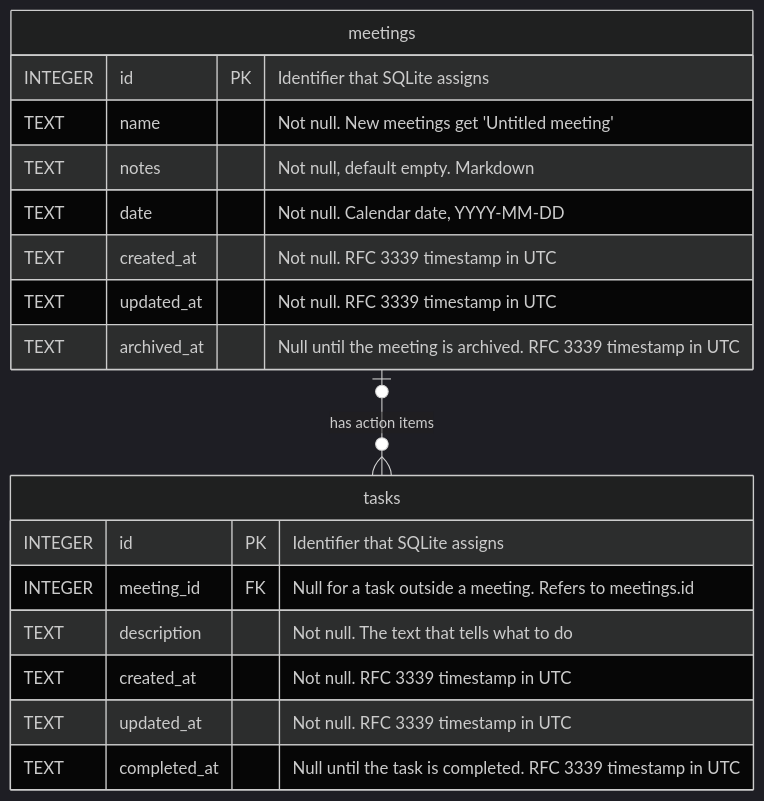
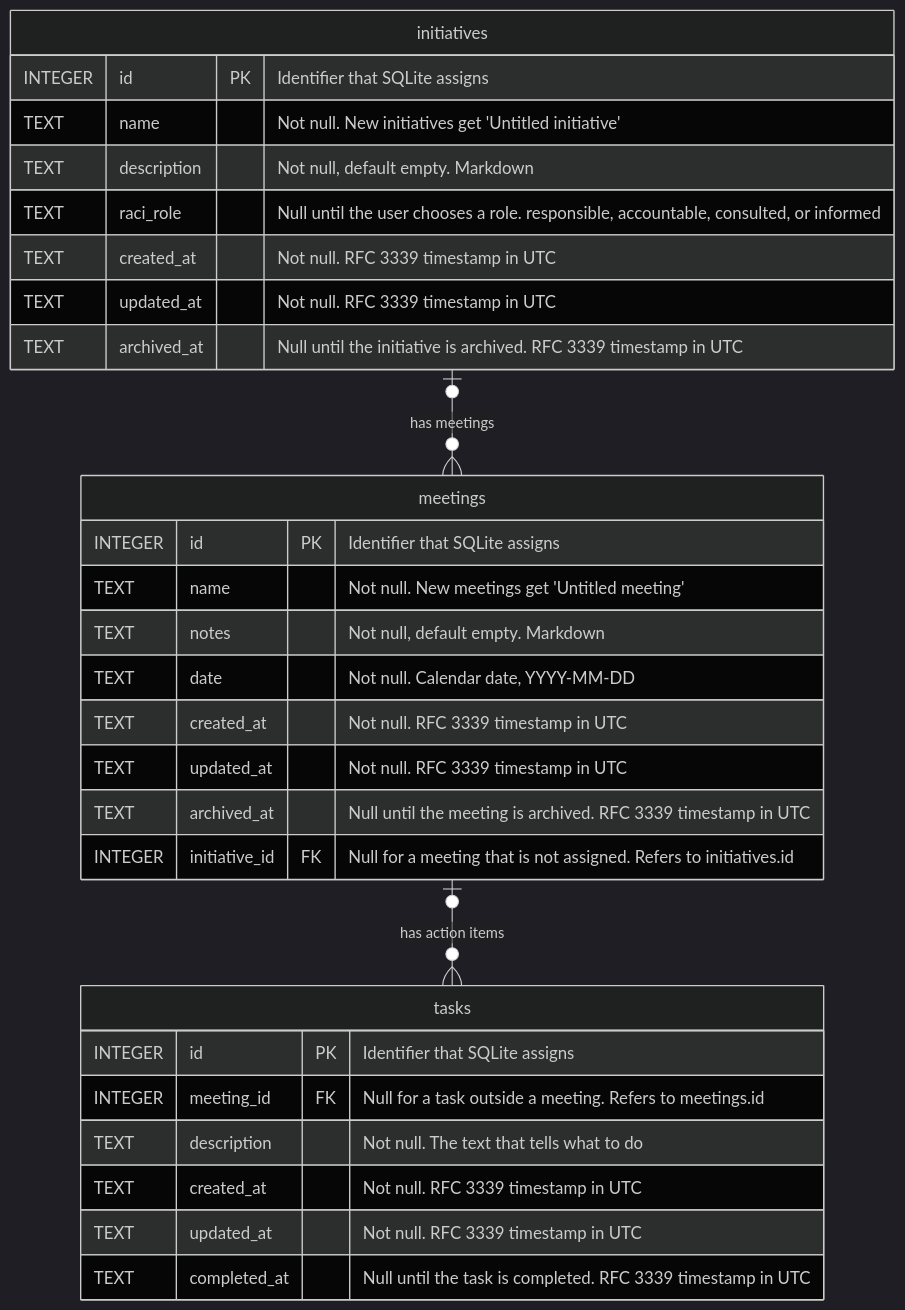
The diagram in docs/data-model.md (marclove/gps), drawn with Mermaid (dark theme) before and after one commit. The commit also changed other lines of this file and 9 other files, not shown here.

First line of the commit message:
Store initiatives and meeting assignments, and add the initiative commands

````diff
--- a/docs/data-model.md
+++ b/docs/data-model.md
@@ -5,21 +5,32 @@
 ```mermaid
 erDiagram
     meetings {
         INTEGER id PK "Identifier that SQLite assigns"
         TEXT name "Not null. New meetings get 'Untitled meeting'"
         TEXT notes "Not null, default empty. Markdown"
         TEXT date "Not null. Calendar date, YYYY-MM-DD"
         TEXT created_at "Not null. RFC 3339 timestamp in UTC"
         TEXT updated_at "Not null. RFC 3339 timestamp in UTC"
         TEXT archived_at "Null until the meeting is archived. RFC 3339 timestamp in UTC"
+        INTEGER initiative_id FK "Null for a meeting that is not assigned. Refers to initiatives.id"
     }
     tasks {
         INTEGER id PK "Identifier that SQLite assigns"
         INTEGER meeting_id FK "Null for a task outside a meeting. Refers to meetings.id"
         TEXT description "Not null. The text that tells what to do"
         TEXT created_at "Not null. RFC 3339 timestamp in UTC"
         TEXT updated_at "Not null. RFC 3339 timestamp in UTC"
         TEXT completed_at "Null until the task is completed. RFC 3339 timestamp in UTC"
     }
+    initiatives {
+        INTEGER id PK "Identifier that SQLite assigns"
+        TEXT name "Not null. New initiatives get 'Untitled initiative'"
+        TEXT description "Not null, default empty. Markdown"
+        TEXT raci_role "Null until the user chooses a role. responsible, accountable, consulted, or informed"
+        TEXT created_at "Not null. RFC 3339 timestamp in UTC"
+        TEXT updated_at "Not null. RFC 3339 timestamp in UTC"
+        TEXT archived_at "Null until the initiative is archived. RFC 3339 timestamp in UTC"
+    }
     meetings |o--o{ tasks : "has action items"
+    initiatives |o--o{ meetings : "has meetings"
 ```
````
